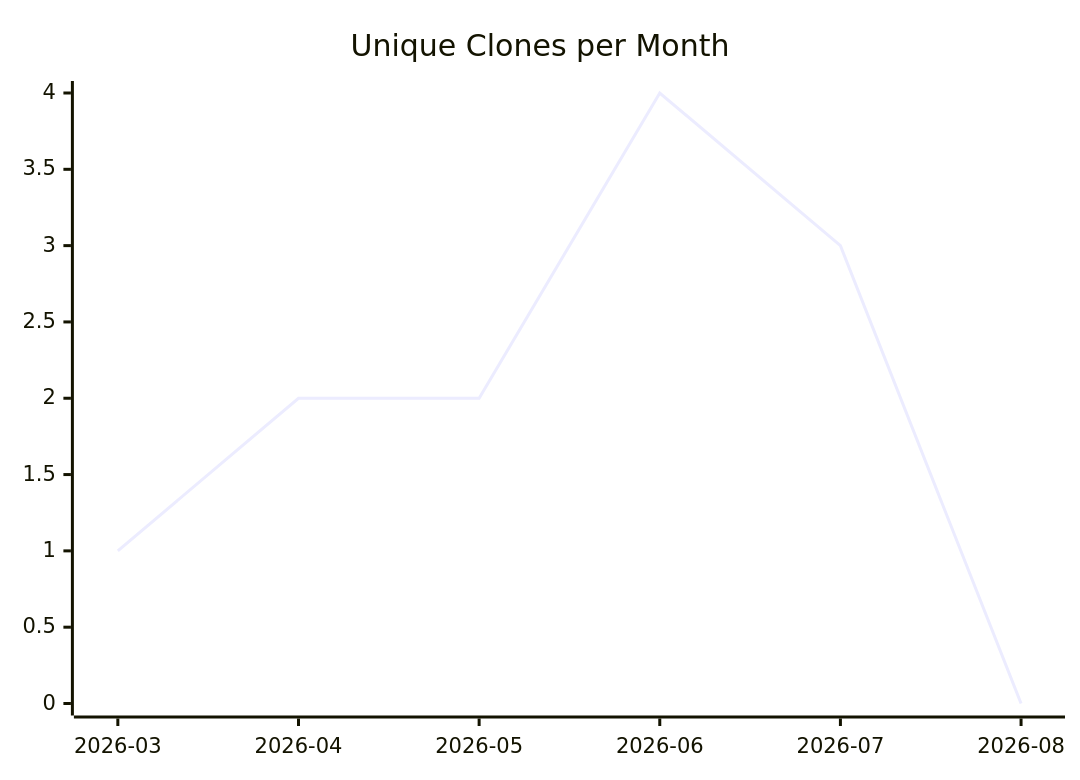
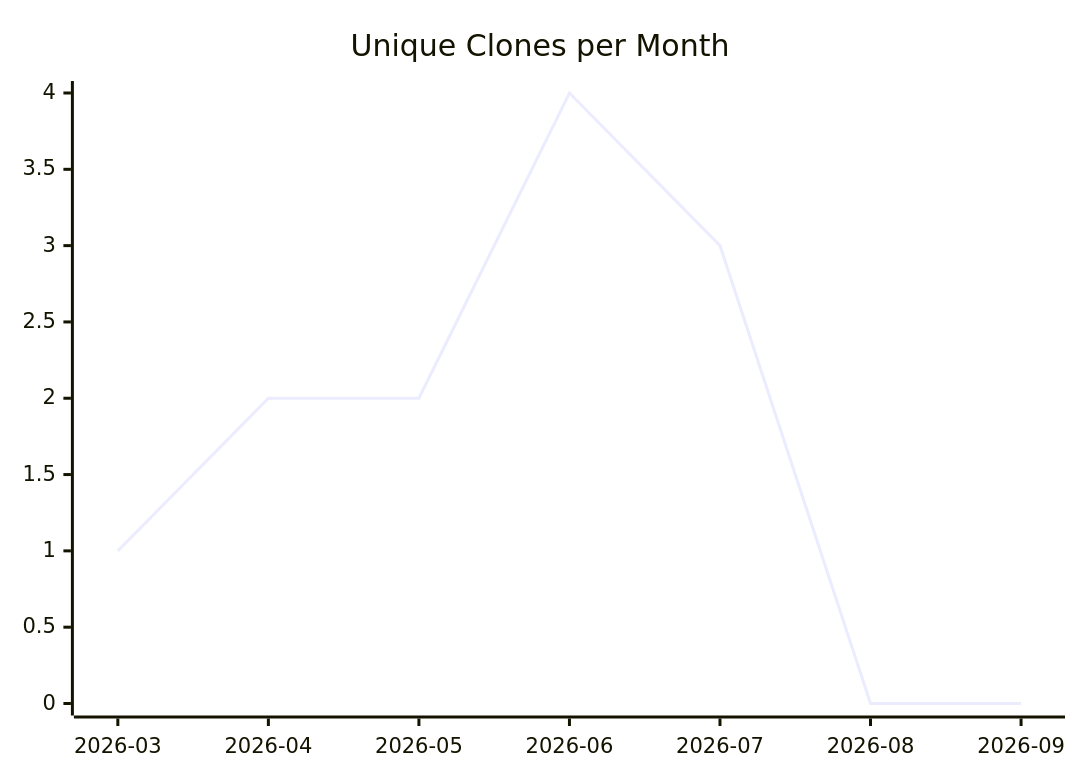
The third of 3 diagrams in karlmdavis/ansible-role-ldap/README.md (justdavis-family/github-analytics-data), drawn with Mermaid before and after one commit. The commit also changed other lines of this file and 191 other files, not shown here.

````diff
--- a/karlmdavis/ansible-role-ldap/README.md
+++ b/karlmdavis/ansible-role-ldap/README.md
@@ -19,6 +19,6 @@
 ```mermaid
 xychart-beta
   title "Unique Clones per Month"
-  x-axis ["2026-03", "2026-04", "2026-05", "2026-06", "2026-07", "2026-08"]
-  line [1, 2, 2, 4, 3, 0]
+  x-axis ["2026-03", "2026-04", "2026-05", "2026-06", "2026-07", "2026-08", "2026-09"]
+  line [1, 2, 2, 4, 3, 0, 0]
 ```
````
